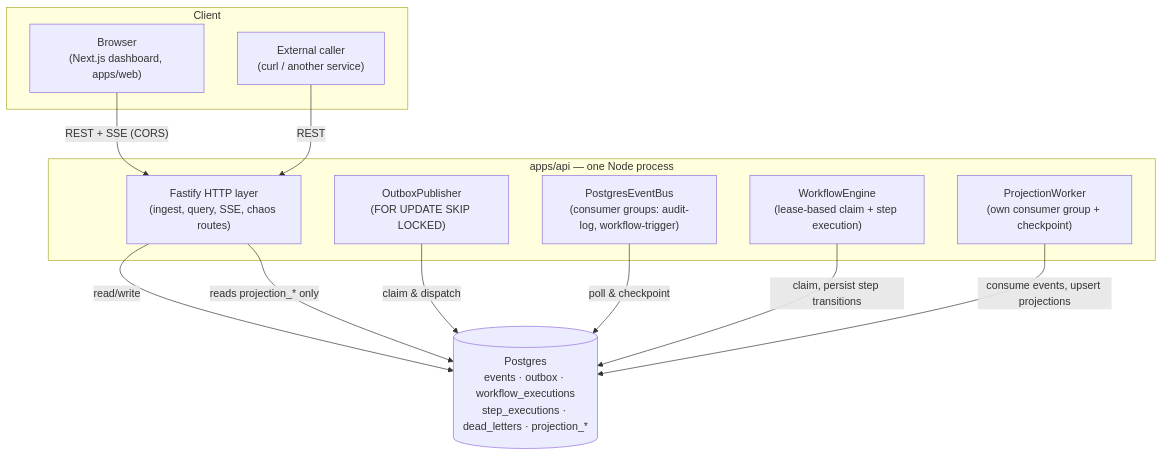
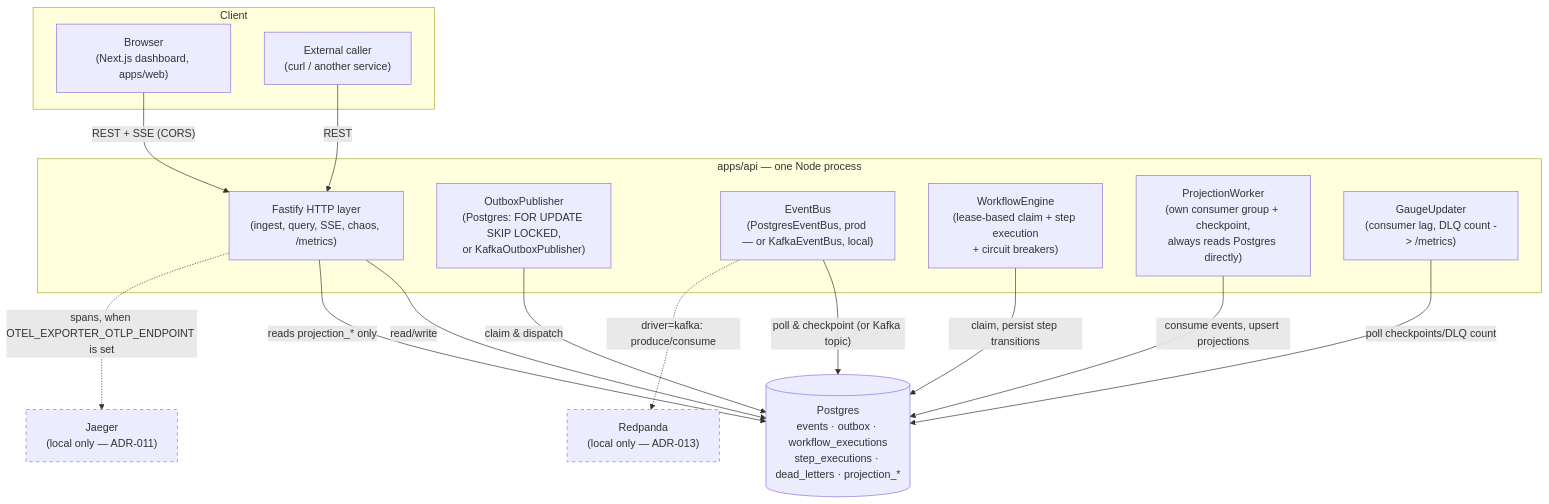
One commit to matucs/LiveOps changed the diagram in docs/diagrams/01-container.md. Above: the diagram before and after it, drawn with Mermaid. The commit also changed other lines of this file and 1 other file, not shown here.

First line of the commit message:
Update README and container diagram for V2 completion

````diff
--- a/docs/diagrams/01-container.md
+++ b/docs/diagrams/01-container.md
@@ -7,26 +10,35 @@
 ```mermaid
 flowchart TB
     subgraph Client
         Browser["Browser<br/>(Next.js dashboard, apps/web)"]
         Caller["External caller<br/>(curl / another service)"]
     end
 
     subgraph API["apps/api — one Node process"]
-        HTTP["Fastify HTTP layer<br/>(ingest, query, SSE, chaos routes)"]
-        Outbox["OutboxPublisher<br/>(FOR UPDATE SKIP LOCKED)"]
-        Bus["PostgresEventBus<br/>(consumer groups: audit-log, workflow-trigger)"]
-        Engine["WorkflowEngine<br/>(lease-based claim + step execution)"]
-        Proj["ProjectionWorker<br/>(own consumer group + checkpoint)"]
+        HTTP["Fastify HTTP layer<br/>(ingest, query, SSE, chaos, /metrics)"]
+        Outbox["OutboxPublisher<br/>(Postgres: FOR UPDATE SKIP LOCKED,<br/>or KafkaOutboxPublisher)"]
+        Bus["EventBus<br/>(PostgresEventBus, prod — or KafkaEventBus, local)"]
+        Engine["WorkflowEngine<br/>(lease-based claim + step execution<br/>+ circuit breakers)"]
+        Proj["ProjectionWorker<br/>(own consumer group + checkpoint,<br/>always reads Postgres directly)"]
+        Gauge["GaugeUpdater<br/>(consumer lag, DLQ count -> /metrics)"]
     end
 
     PG[("Postgres<br/>events · outbox · workflow_executions<br/>step_executions · dead_letters · projection_*")]
+    Jaeger["Jaeger<br/>(local only — ADR-011)"]
+    Kafka["Redpanda<br/>(local only — ADR-013)"]
 
     Browser -- "REST + SSE (CORS)" --> HTTP
     Caller -- "REST" --> HTTP
     HTTP -- "read/write" --> PG
     Outbox -- "claim & dispatch" --> PG
-    Bus -- "poll & checkpoint" --> PG
+    Bus -- "poll & checkpoint (or Kafka topic)" --> PG
     Engine -- "claim, persist step transitions" --> PG
     Proj -- "consume events, upsert projections" --> PG
+    Gauge -- "poll checkpoints/DLQ count" --> PG
     HTTP -- "reads projection_* only" --> PG
+    HTTP -.->|"spans, when OTEL_EXPORTER_OTLP_ENDPOINT is set"| Jaeger
+    Bus -.->|"driver=kafka: produce/consume"| Kafka
+
+    style Jaeger stroke-dasharray: 5 5
+    style Kafka stroke-dasharray: 5 5
 ```
````
